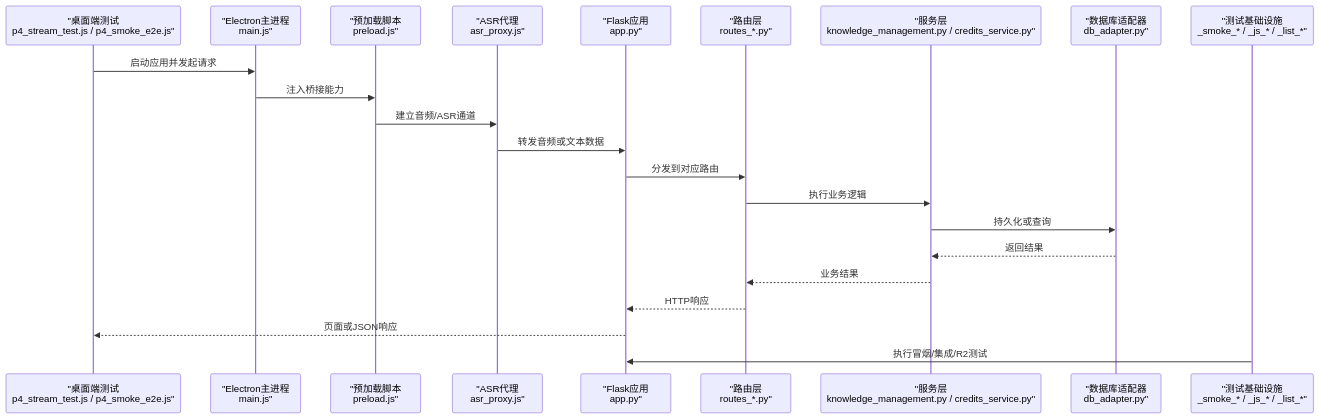
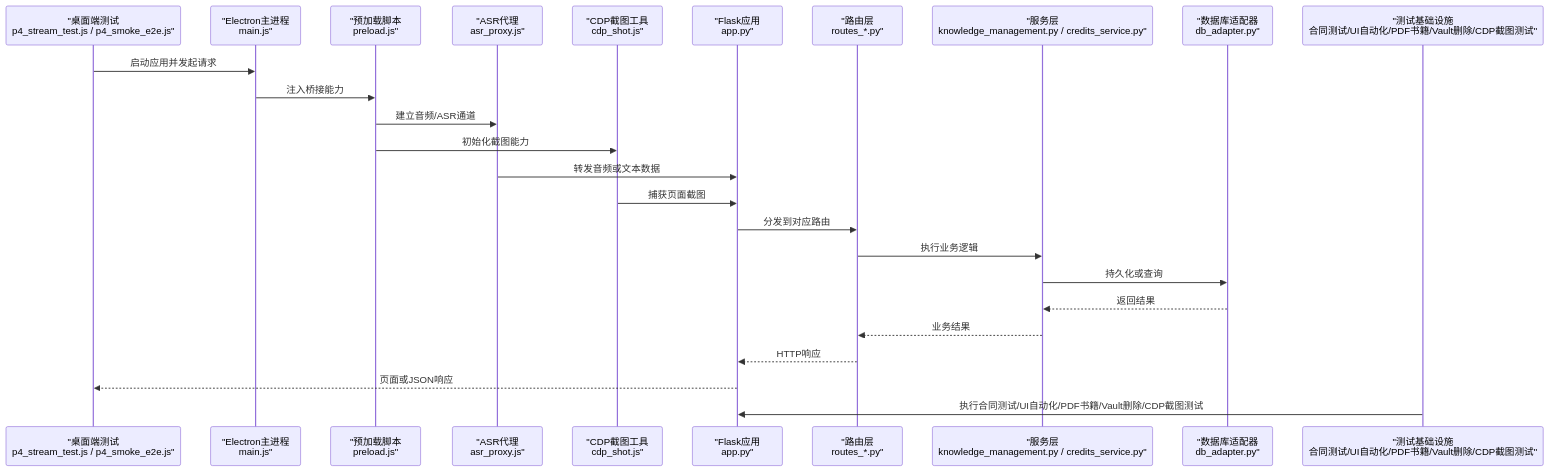
The second of 17 diagrams in .qoder/repowiki/zh/content/测试指南.md (abokyoy/LectureLearnLoop), drawn with Mermaid before and after one commit. The commit also changed other lines of this file and 91 other files, not shown here.

````diff
--- a/.qoder/repowiki/zh/content/测试指南.md
+++ b/.qoder/repowiki/zh/content/测试指南.md
@@ -181,24 +273,27 @@
 ```mermaid
 sequenceDiagram
 participant DT as "桌面端测试<br/>p4_stream_test.js / p4_smoke_e2e.js"
 participant EM as "Electron主进程<br/>main.js"
 participant PL as "预加载脚本<br/>preload.js"
 participant ASR as "ASR代理<br/>asr_proxy.js"
+participant CDP as "CDP截图工具<br/>cdp_shot.js"
 participant APP as "Flask应用<br/>app.py"
 participant RT as "路由层<br/>routes_*.py"
 participant SV as "服务层<br/>knowledge_management.py / credits_service.py"
 participant DB as "数据库适配器<br/>db_adapter.py"
-participant TINF as "测试基础设施<br/>_smoke_* / _js_* / _list_*"
+participant TINF as "测试基础设施<br/>合同测试/UI自动化/PDF书籍/Vault删除/CDP截图测试"
 DT->>EM : 启动应用并发起请求
 EM->>PL : 注入桥接能力
 PL->>ASR : 建立音频/ASR通道
+PL->>CDP : 初始化截图能力
 ASR->>APP : 转发音频或文本数据
+CDP->>APP : 捕获页面截图
 APP->>RT : 分发到对应路由
 RT->>SV : 执行业务逻辑
 SV->>DB : 持久化或查询
 DB-->>SV : 返回结果
 SV-->>RT : 业务结果
 RT-->>APP : HTTP响应
 APP-->>DT : 页面或JSON响应
-TINF->>APP : 执行冒烟/集成/R2测试
+TINF->>APP : 执行合同测试/UI自动化/PDF书籍/Vault删除/CDP截图测试
 ```
````
